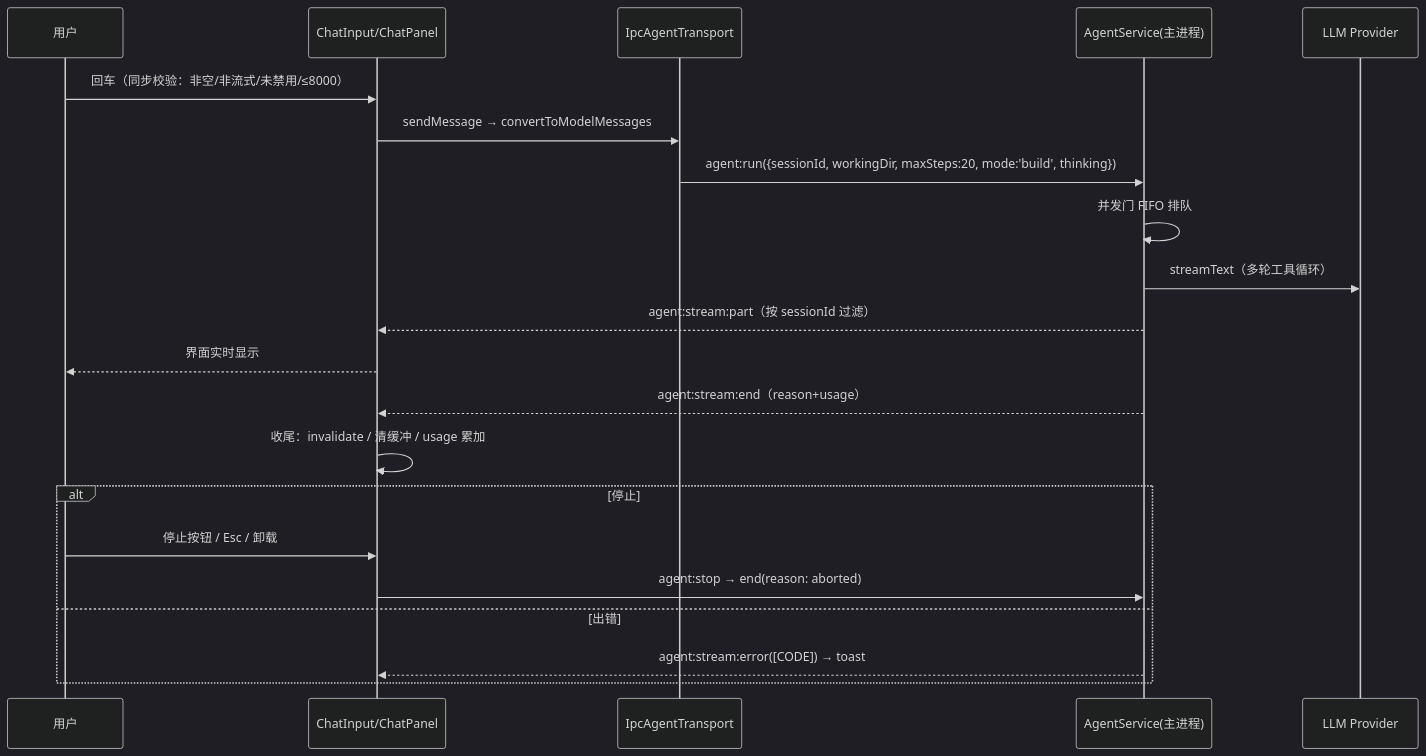
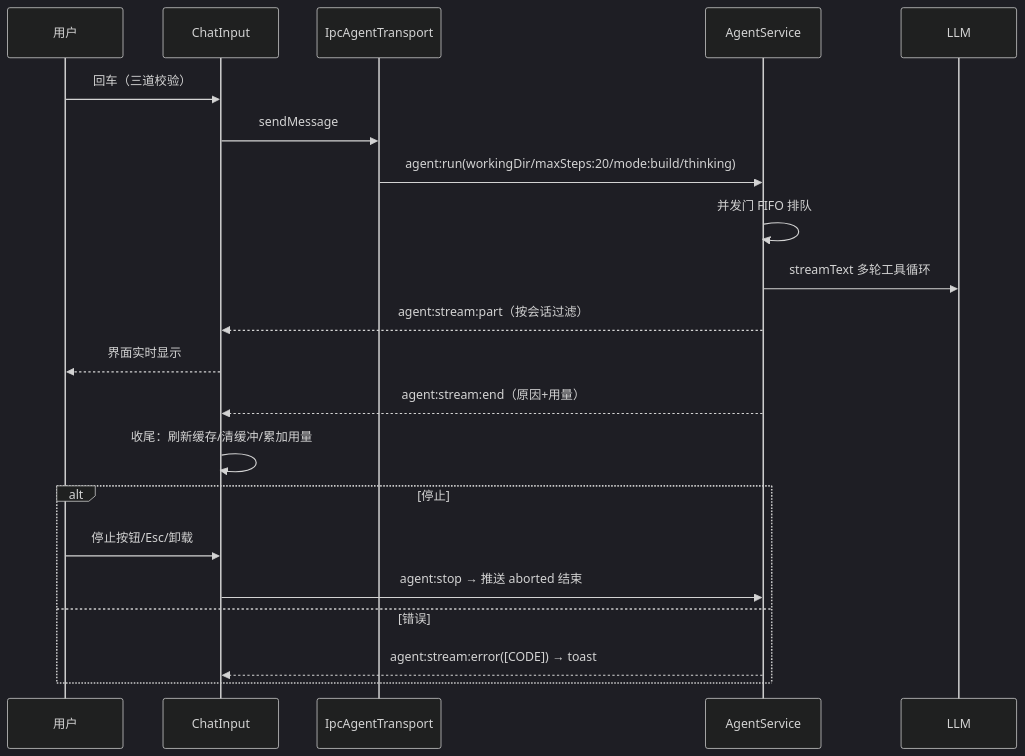
Before and after one commit to zlh12331/superagent: diagram 17 of 21 in docs/design/09-ux-interaction-spec.md, drawn with Mermaid (dark theme). The commit also changed other lines of this file, not shown here.

Commit message:
docs: rewrite guide with diagram-first presentation (21 mermaid charts)

````diff
--- a/docs/design/09-ux-interaction-spec.md
+++ b/docs/design/09-ux-interaction-spec.md
@@ -349,23 +478,23 @@
 ```mermaid
 sequenceDiagram
   participant U as 用户
-  participant C as ChatInput/ChatPanel
+  participant C as ChatInput
   participant T as IpcAgentTransport
-  participant M as AgentService(主进程)
-  participant L as LLM Provider
-  U->>C: 回车（同步校验：非空/非流式/未禁用/≤8000）
-  C->>T: sendMessage → convertToModelMessages
-  T->>M: agent:run({sessionId, workingDir, maxSteps:20, mode:'build', thinking})
+  participant M as AgentService
+  participant L as LLM
+  U->>C: 回车（三道校验）
+  C->>T: sendMessage
+  T->>M: agent:run(workingDir/maxSteps:20/mode:build/thinking)
   M->>M: 并发门 FIFO 排队
-  M->>L: streamText（多轮工具循环）
-  M-->>C: agent:stream:part（按 sessionId 过滤）
+  M->>L: streamText 多轮工具循环
+  M-->>C: agent:stream:part（按会话过滤）
   C-->>U: 界面实时显示
-  M-->>C: agent:stream:end（reason+usage）
-  C->>C: 收尾：invalidate / 清缓冲 / usage 累加
+  M-->>C: agent:stream:end（原因+用量）
+  C->>C: 收尾：刷新缓存/清缓冲/累加用量
   alt 停止
-    U->>C: 停止按钮 / Esc / 卸载
-    C->>M: agent:stop → end(reason: aborted)
-  else 出错
+    U->>C: 停止按钮/Esc/卸载
+    C->>M: agent:stop → 推送 aborted 结束
+  else 错误
     M-->>C: agent:stream:error([CODE]) → toast
   end
 ```
````
